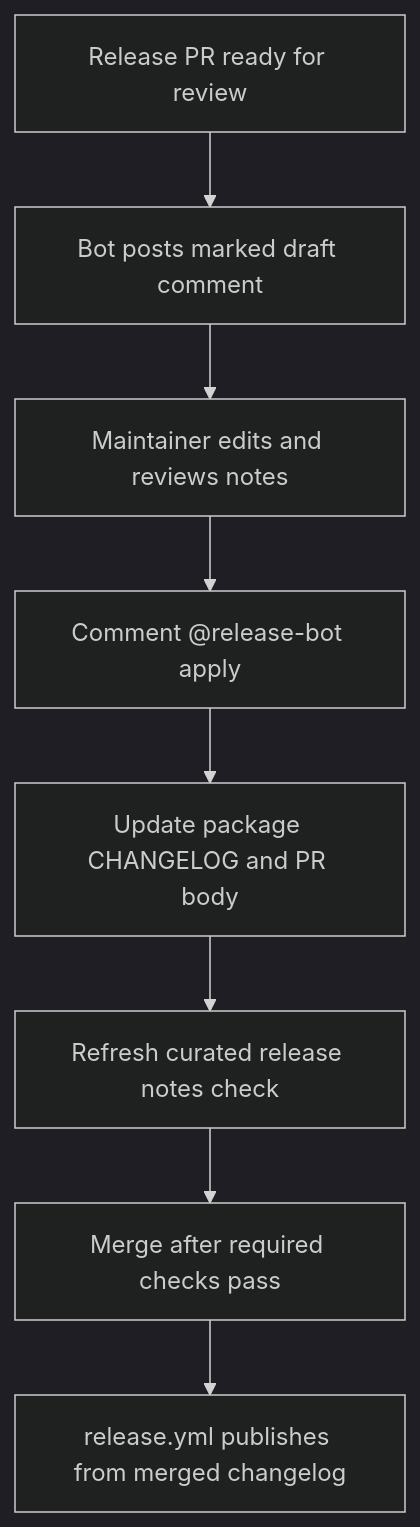
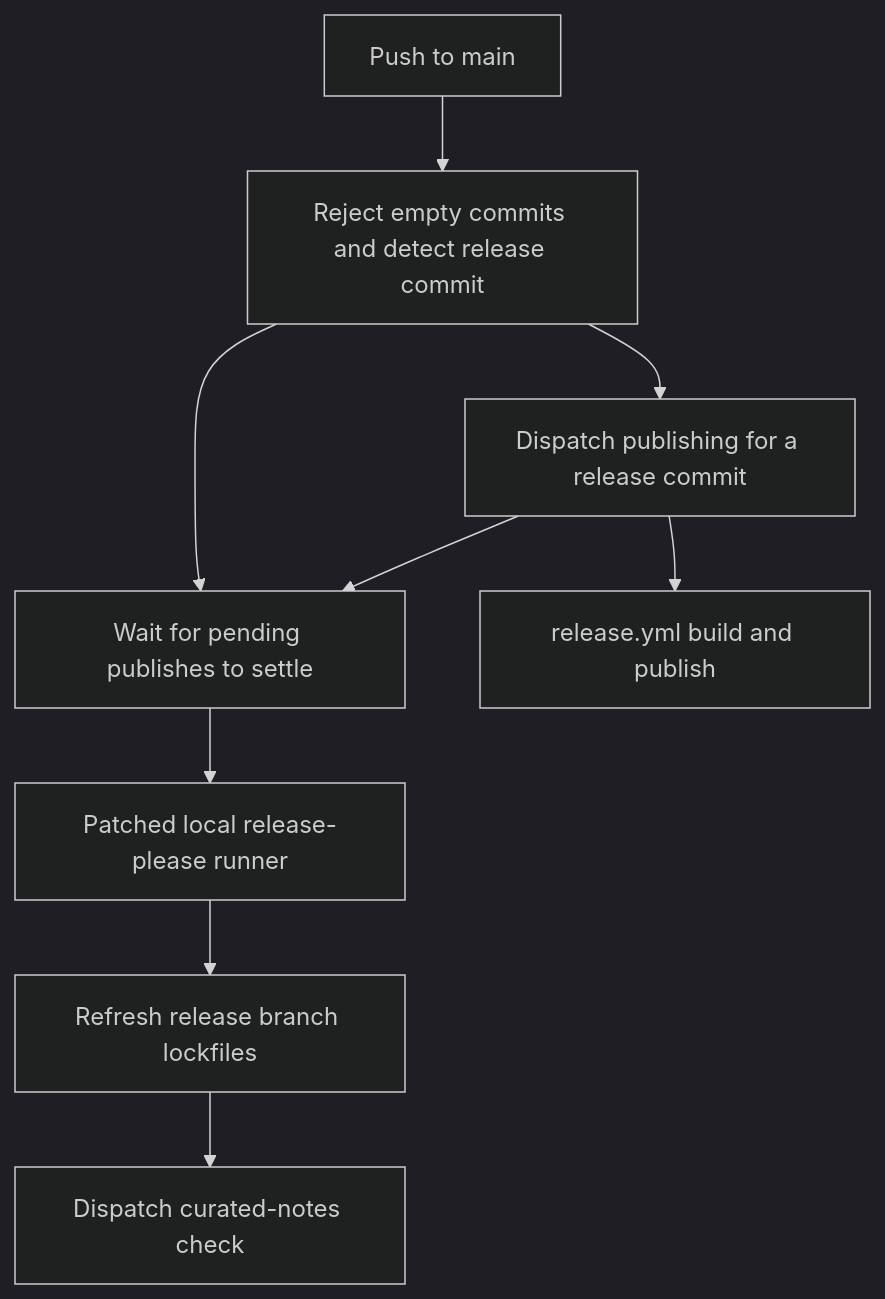
Before and after one commit to langchain-ai/deepagents: the second of 2 diagrams in openwiki/operations/development.md, drawn with Mermaid (dark theme). The commit also changed other lines of this file and 35 other files, not shown here.

````diff
--- a/openwiki/operations/development.md
+++ b/openwiki/operations/development.md
@@ -153,10 +122,11 @@
 ```mermaid
 flowchart TD
-    Ready["Release PR ready for review"] --> Draft["Bot posts marked draft comment"]
-    Draft --> Review["Maintainer edits and reviews notes"]
-    Review --> Apply["Comment @release-bot apply"]
-    Apply --> Changelog["Update package CHANGELOG and PR body"]
-    Changelog --> Gate["Refresh curated release notes check"]
-    Gate --> Merge["Merge after required checks pass"]
-    Merge --> Publish["release.yml publishes from merged changelog"]
+    Push["Push to main"] --> Detect["Reject empty commits and detect release commit"]
+    Detect --> Dispatch["Dispatch publishing for a release commit"]
+    Detect --> Guard["Wait for pending publishes to settle"]
+    Dispatch --> Guard
+    Guard --> Runner["Patched local release-please runner"]
+    Runner --> Locks["Refresh release branch lockfiles"]
+    Locks --> Notes["Dispatch curated-notes check"]
+    Dispatch --> Publish["release.yml build and publish"]
 ```
````
